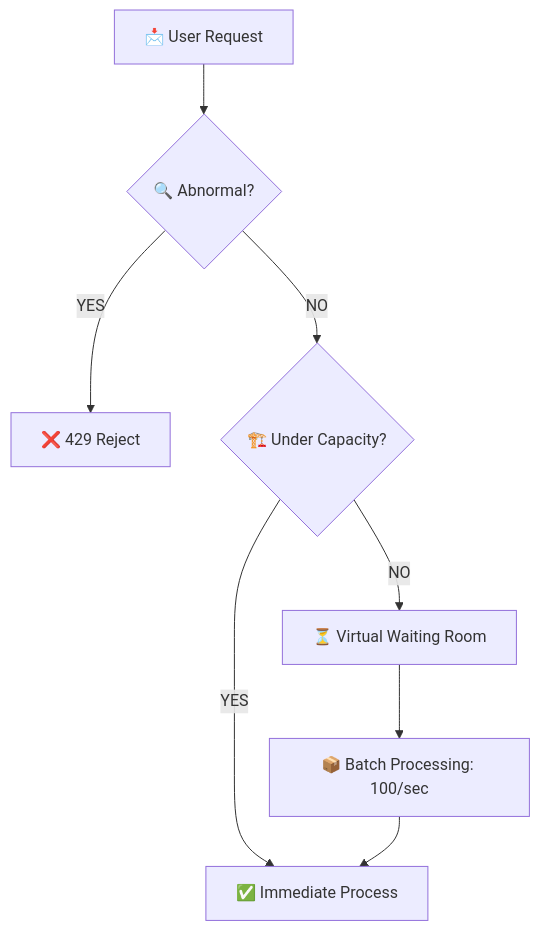
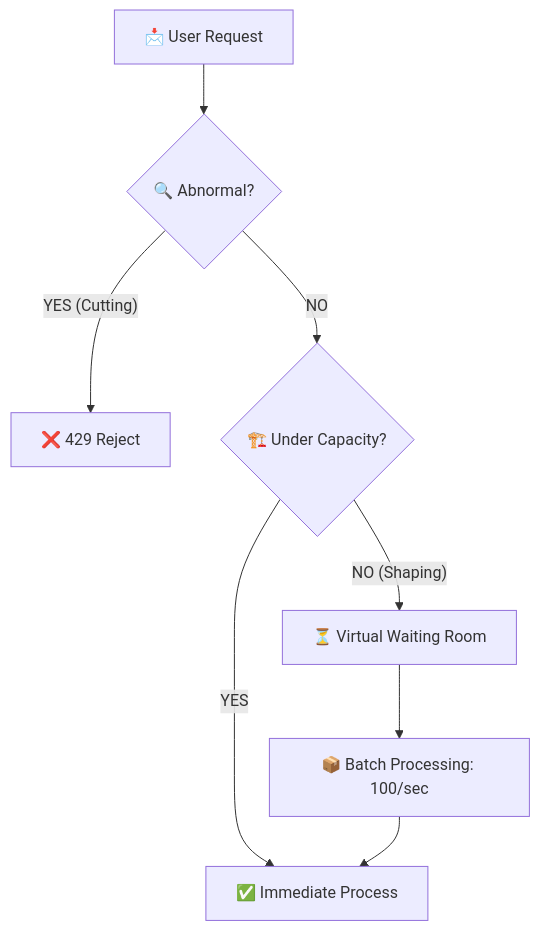
The diagram in docs/TRAFFIC_CONTROL_STRATEGY.md (hello-pebble/oauth2-authorization), drawn with Mermaid before and after one commit. The commit also changed other lines of this file and 12 other files, not shown here.

````diff
--- a/docs/TRAFFIC_CONTROL_STRATEGY.md
+++ b/docs/TRAFFIC_CONTROL_STRATEGY.md
@@ -30,12 +32,12 @@
 ```mermaid
 graph TD
     Request[📩 User Request] --> Filter{🔍 Abnormal?}
-    Filter -- YES --> Block[❌ 429 Reject]
+    Filter -- YES (Cutting) --> Block[❌ 429 Reject]
     Filter -- NO --> Capacity{🏗️ Under Capacity?}
     
     Capacity -- YES --> Process[✅ Immediate Process]
-    Capacity -- NO --> WaitingRoom[⏳ Virtual Waiting Room]
+    Capacity -- NO (Shaping) --> WaitingRoom[⏳ Virtual Waiting Room]
     
     WaitingRoom --> Batch[📦 Batch Processing: 100/sec]
     Batch --> Process
 ```
````
